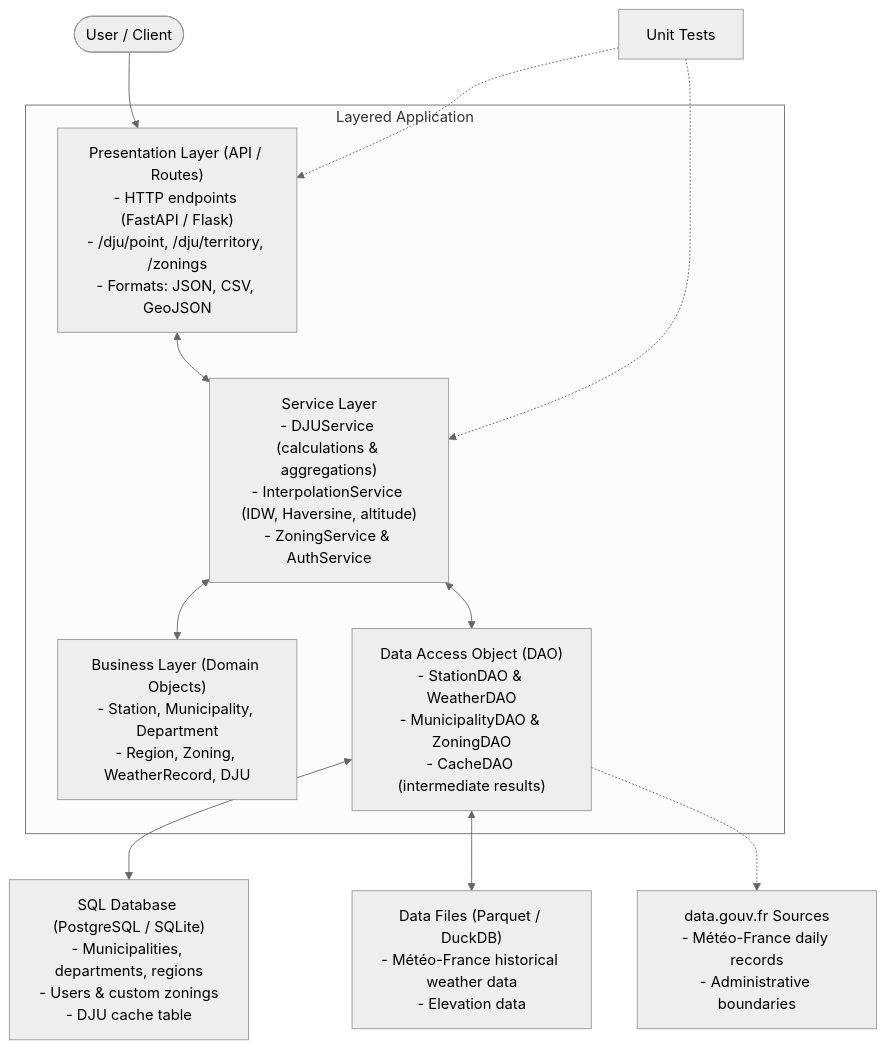
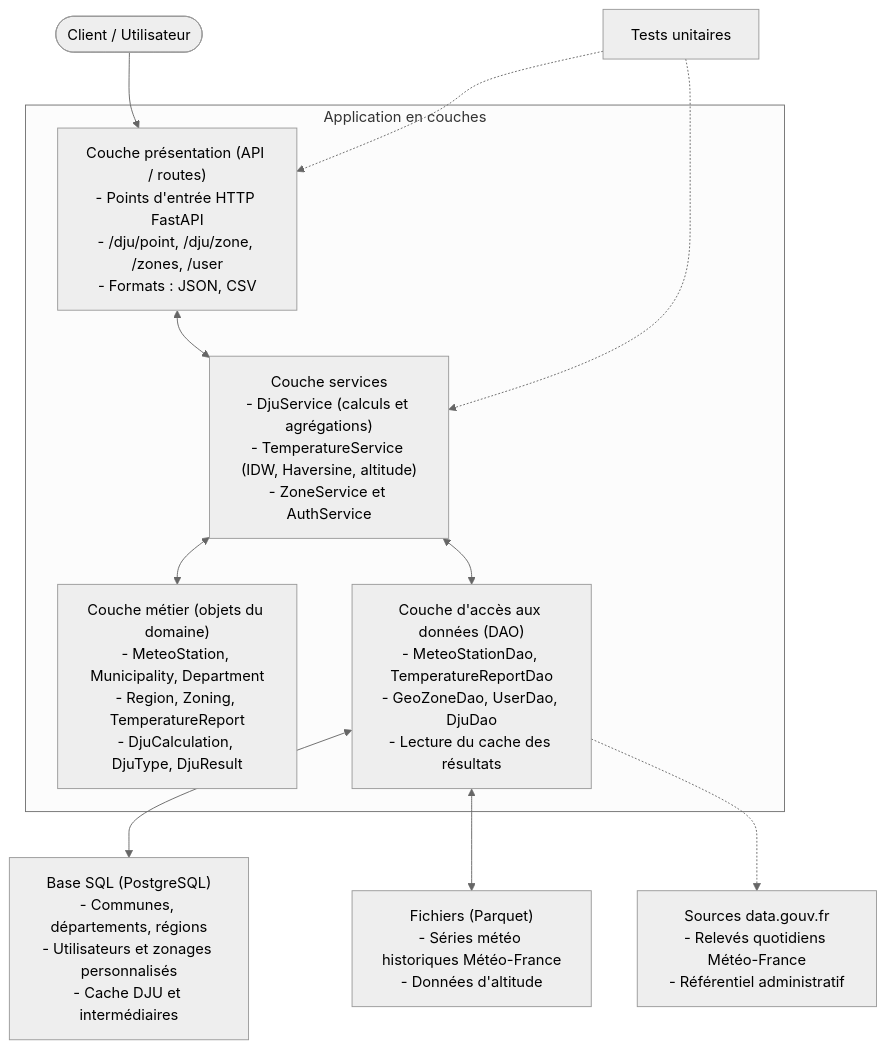
The diagram in doc/packages_diagram.md (gabriel-dahan/ensai-it-project-2a-team12), drawn with Mermaid (neutral theme) before and after one commit. The commit also changed other lines of this file and 29 other files, not shown here.

Commit message:
New diagrams & reporr

````diff
--- a/doc/packages_diagram.md
+++ b/doc/packages_diagram.md
@@ -1,30 +3,30 @@
 ```mermaid
 graph TD
-    User([User / Client]) --> PresentationLayer
+    Client([Client / Utilisateur]) --> PresentationLayer
 
-    subgraph Application ["Layered Application"]
-        PresentationLayer["Presentation Layer (API / Routes)<br/>- HTTP endpoints (FastAPI / Flask)<br/>- /dju/point, /dju/territory, /zonings<br/>- Formats: JSON, CSV, GeoJSON"]
-        
-        ServiceLayer["Service Layer<br/>- DJUService (calculations & aggregations)<br/>- InterpolationService (IDW, Haversine, altitude)<br/>- ZoningService & AuthService"]
-        
-        BusinessLayer["Business Layer (Domain Objects)<br/>- Station, Municipality, Department<br/>- Region, Zoning, WeatherRecord, DJU"]
-        
-        DAO["Data Access Object (DAO)<br/>- StationDAO & WeatherDAO<br/>- MunicipalityDAO & ZoningDAO<br/>- CacheDAO (intermediate results)"]
+    subgraph Application ["Application en couches"]
+        PresentationLayer["Couche présentation (API / routes)<br/>- Points d'entrée HTTP FastAPI<br/>- /dju/point, /dju/zone, /zones, /user<br/>- Formats : JSON, CSV"]
+
+        ServiceLayer["Couche services<br/>- DjuService (calculs et agrégations)<br/>- TemperatureService (IDW, Haversine, altitude)<br/>- ZoneService et AuthService"]
+
+        BusinessLayer["Couche métier (objets du domaine)<br/>- MeteoStation, Municipality, Department<br/>- Region, Zoning, TemperatureReport<br/>- DjuCalculation, DjuType, DjuResult"]
+
+        DAO["Couche d'accès aux données (DAO)<br/>- MeteoStationDao, TemperatureReportDao<br/>- GeoZoneDao, UserDao, DjuDao<br/>- Lecture du cache des résultats"]
 
         PresentationLayer <--> ServiceLayer
         ServiceLayer <--> BusinessLayer
         ServiceLayer <--> DAO
     end
 
-    SQL["SQL Database (PostgreSQL / SQLite)<br/>- Municipalities, departments, regions<br/>- Users & custom zonings<br/>- DJU cache table"]
-    DataFiles["Data Files (Parquet / DuckDB)<br/>- Météo-France historical weather data<br/>- Elevation data"]
-    DataGouv["data.gouv.fr Sources<br/>- Météo-France daily records<br/>- Administrative boundaries"]
-    Tests["Unit Tests"]
+    SQL["Base SQL (PostgreSQL)<br/>- Communes, départements, régions<br/>- Utilisateurs et zonages personnalisés<br/>- Cache DJU et intermédiaires"]
+    DataFiles["Fichiers (Parquet)<br/>- Séries météo historiques Météo-France<br/>- Données d'altitude"]
+    DataGouv["Sources data.gouv.fr<br/>- Relevés quotidiens Météo-France<br/>- Référentiel administratif"]
+    Tests["Tests unitaires"]
 
     DAO <--> SQL
     DAO <--> DataFiles
     DAO -.-> DataGouv
-    
+
     Tests -.-> PresentationLayer
     Tests -.-> ServiceLayer
 ```
````
